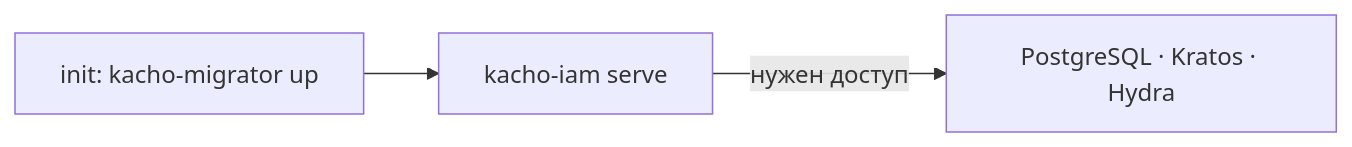
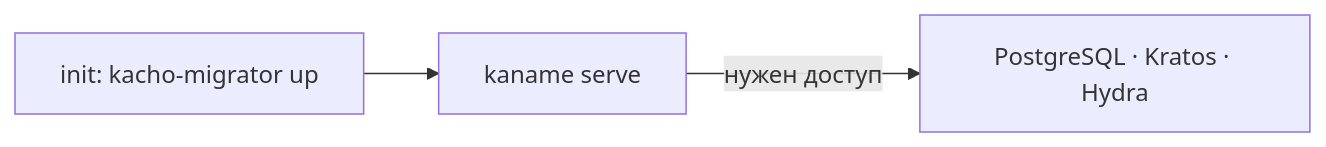
Before and after one commit to PRO-Robotech/kacho: the diagram in services/iam/docs/content/install/deploy.mdx, drawn with Mermaid. The commit also changed other lines of this file and 1011 other files, not shown here.

````diff
--- a/services/iam/docs/content/install/deploy.mdx
+++ b/services/iam/docs/content/install/deploy.mdx
@@ -47,5 +47,5 @@
 ```mermaid
 flowchart LR
-  mig["init: kacho-migrator up"] --> app["kacho-iam serve"]
+  mig["init: kacho-migrator up"] --> app["kaname serve"]
   app -->|"нужен доступ"| deps["PostgreSQL · Kratos · Hydra"]
 ```
````
